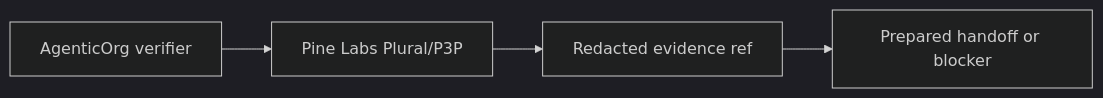
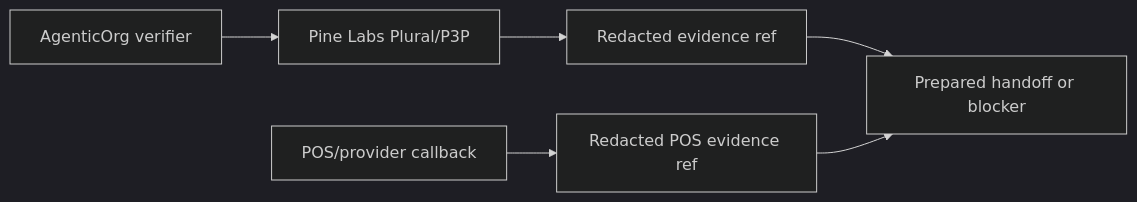
The diagram in docs/oacp/explainers/provider-owned-payment-evidence.md (mishrasanjeev/agentic-org), drawn with Mermaid (dark theme) before and after one commit. The commit also changed other lines of this file and 28 other files, not shown here.

````diff
--- a/docs/oacp/explainers/provider-owned-payment-evidence.md
+++ b/docs/oacp/explainers/provider-owned-payment-evidence.md
@@ -7,6 +7,8 @@
 ```mermaid
 flowchart LR
   verifier[AgenticOrg verifier] --> provider[Pine Labs Plural/P3P]
   provider --> ref[Redacted evidence ref]
+  pos[POS/provider callback] --> posref[Redacted POS evidence ref]
   ref --> prep[Prepared handoff or blocker]
+  posref --> prep
 ```
````
